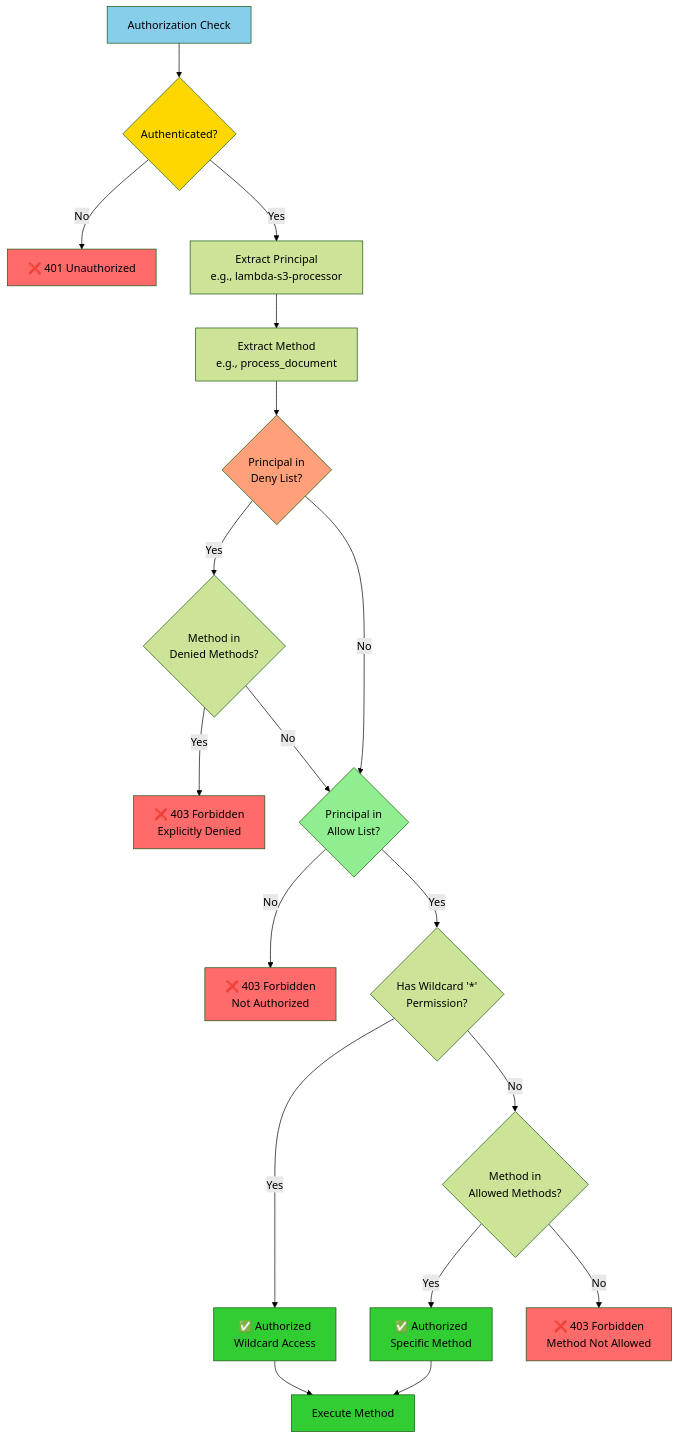
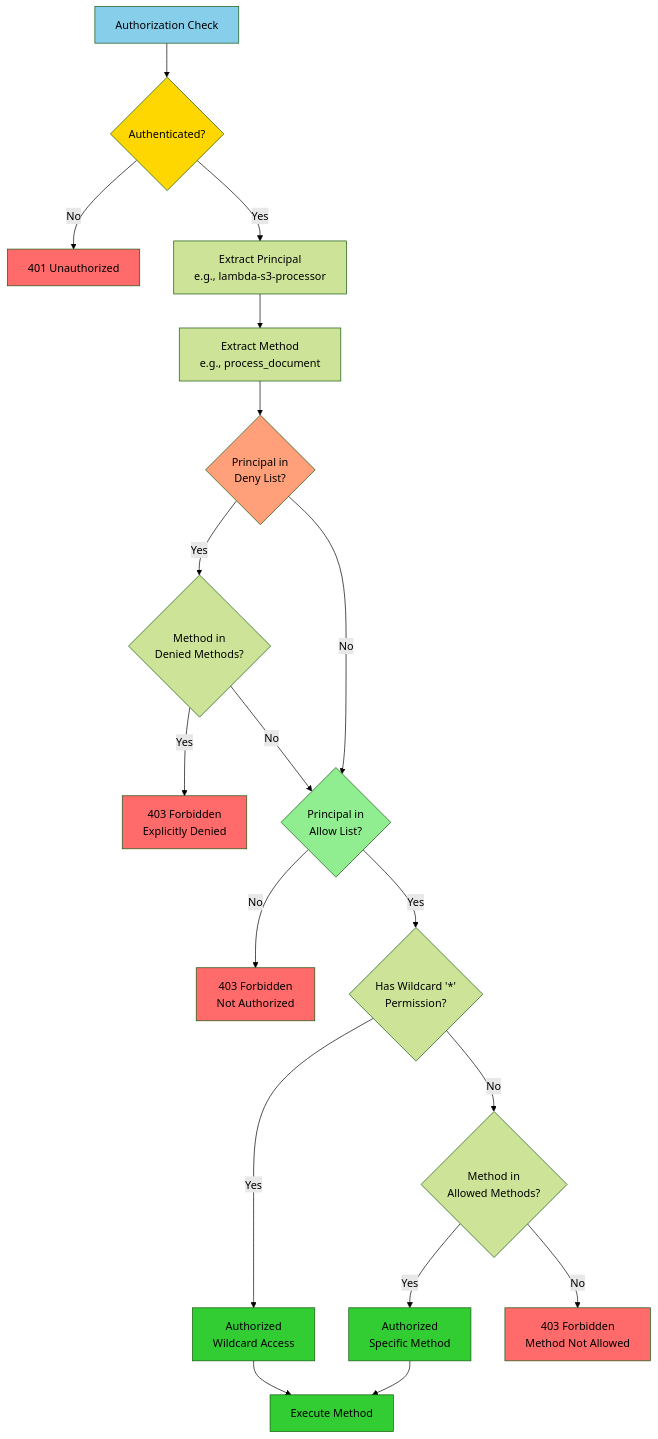
Before and after one commit to jaafar-benabderrazak/ca_a2a: the seventh of 13 diagrams in A2A_PROTOCOL_SECURITY_TECHNICAL.md, drawn with Mermaid (forest theme). The commit also changed other lines of this file and 19 other files, not shown here.

````diff
--- a/A2A_PROTOCOL_SECURITY_TECHNICAL.md
+++ b/A2A_PROTOCOL_SECURITY_TECHNICAL.md
@@ -573,41 +573,41 @@
 ```mermaid
 flowchart TD
-    Start[Authorization Check] --> Auth{Authenticated?}
-    Auth -->|No| Reject1[❌ 401 Unauthorized]
-    Auth -->|Yes| ExtractPrincipal[Extract Principal<br/>e.g., lambda-s3-processor]
-    
-    ExtractPrincipal --> ExtractMethod[Extract Method<br/>e.g., process_document]
-    
-    ExtractMethod --> CheckDeny{Principal in<br/>Deny List?}
-    
-    CheckDeny -->|Yes| CheckDenyMethod{Method in<br/>Denied Methods?}
-    CheckDenyMethod -->|Yes| Reject2[❌ 403 Forbidden<br/>Explicitly Denied]
-    CheckDenyMethod -->|No| CheckAllow
-    
-    CheckDeny -->|No| CheckAllow{Principal in<br/>Allow List?}
-    
-    CheckAllow -->|No| Reject3[❌ 403 Forbidden<br/>Not Authorized]
-    
-    CheckAllow -->|Yes| CheckWildcard{Has Wildcard '*'<br/>Permission?}
-    
-    CheckWildcard -->|Yes| Allow[✅ Authorized<br/>Wildcard Access]
-    CheckWildcard -->|No| CheckSpecific{Method in<br/>Allowed Methods?}
-    
-    CheckSpecific -->|Yes| Allow2[✅ Authorized<br/>Specific Method]
-    CheckSpecific -->|No| Reject4[❌ 403 Forbidden<br/>Method Not Allowed]
-    
-    Allow --> Execute[Execute Method]
-    Allow2 --> Execute
-    
-    style Start fill:#87CEEB
-    style Auth fill:#FFD700
-    style CheckDeny fill:#FFA07A
-    style CheckAllow fill:#90EE90
-    style Allow fill:#32CD32
-    style Allow2 fill:#32CD32
-    style Execute fill:#32CD32
-    style Reject1 fill:#FF6B6B
-    style Reject2 fill:#FF6B6B
-    style Reject3 fill:#FF6B6B
-    style Reject4 fill:#FF6B6B
+ Start[Authorization Check] --> Auth{Authenticated?}
+ Auth -->|No| Reject1[ 401 Unauthorized]
+ Auth -->|Yes| ExtractPrincipal[Extract Principal<br/>e.g., lambda-s3-processor]
+ 
+ ExtractPrincipal --> ExtractMethod[Extract Method<br/>e.g., process_document]
+ 
+ ExtractMethod --> CheckDeny{Principal in<br/>Deny List?}
+ 
+ CheckDeny -->|Yes| CheckDenyMethod{Method in<br/>Denied Methods?}
+ CheckDenyMethod -->|Yes| Reject2[ 403 Forbidden<br/>Explicitly Denied]
+ CheckDenyMethod -->|No| CheckAllow
+ 
+ CheckDeny -->|No| CheckAllow{Principal in<br/>Allow List?}
+ 
+ CheckAllow -->|No| Reject3[ 403 Forbidden<br/>Not Authorized]
+ 
+ CheckAllow -->|Yes| CheckWildcard{Has Wildcard '*'<br/>Permission?}
+ 
+ CheckWildcard -->|Yes| Allow[ Authorized<br/>Wildcard Access]
+ CheckWildcard -->|No| CheckSpecific{Method in<br/>Allowed Methods?}
+ 
+ CheckSpecific -->|Yes| Allow2[ Authorized<br/>Specific Method]
+ CheckSpecific -->|No| Reject4[ 403 Forbidden<br/>Method Not Allowed]
+ 
+ Allow --> Execute[Execute Method]
+ Allow2 --> Execute
+ 
+ style Start fill:#87CEEB
+ style Auth fill:#FFD700
+ style CheckDeny fill:#FFA07A
+ style CheckAllow fill:#90EE90
+ style Allow fill:#32CD32
+ style Allow2 fill:#32CD32
+ style Execute fill:#32CD32
+ style Reject1 fill:#FF6B6B
+ style Reject2 fill:#FF6B6B
+ style Reject3 fill:#FF6B6B
+ style Reject4 fill:#FF6B6B
 ```
````
